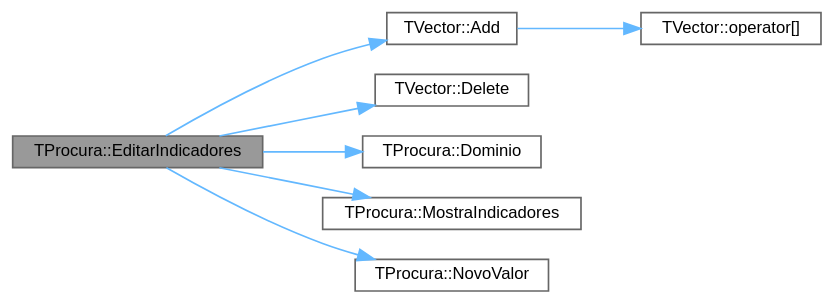
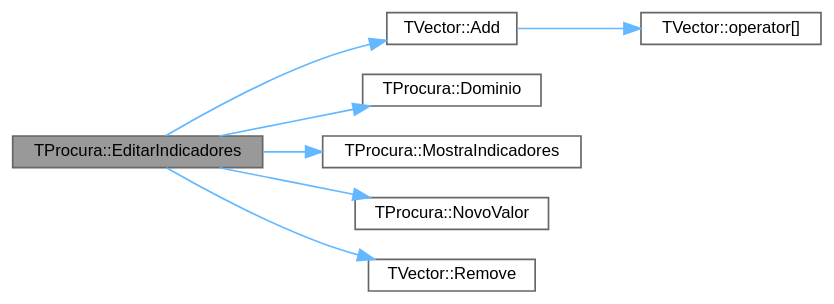
The diagram in classTProcura_a8f5d1ccb82a33db762fbb8400eeacf39_cgraph.dot (jcoelho72/TProcura), drawn with Graphviz before and after one commit. The commit also changed 57 other files, not shown here.

```diff
--- a/classTProcura_a8f5d1ccb82a33db762fbb8400eeacf39_cgraph.dot
+++ b/classTProcura_a8f5d1ccb82a33db762fbb8400eeacf39_cgraph.dot
@@ -1,21 +1,21 @@
 digraph "TProcura::EditarIndicadores"
 {
  // LATEX_PDF_SIZE
   bgcolor="transparent";
   edge [fontname=Helvetica,fontsize=10,labelfontname=Helvetica,labelfontsize=10];
   node [fontname=Helvetica,fontsize=10,shape=box,height=0.2,width=0.4];
   rankdir="LR";
   Node1 [id="Node000001",label="TProcura::EditarIndicadores",height=0.2,width=0.4,color="gray40", fillcolor="grey60", style="filled", fontcolor="black",tooltip=" "];
   Node1 -> Node2 [id="edge7_Node000001_Node000002",color="steelblue1",style="solid",tooltip=" "];
   Node2 [id="Node000002",label="TVector::Add",height=0.2,width=0.4,color="grey40", fillcolor="white", style="filled",URL="$classTVector.html#aa28afdd47b27c5e004fc75b86d6f66a6",tooltip=" "];
   Node2 -> Node3 [id="edge8_Node000002_Node000003",color="steelblue1",style="solid",tooltip=" "];
   Node3 [id="Node000003",label="TVector::operator[]",height=0.2,width=0.4,color="grey40", fillcolor="white", style="filled",URL="$classTVector.html#a372a42fd7c4a94fee43db36d6a339b33",tooltip=" "];
   Node1 -> Node4 [id="edge9_Node000001_Node000004",color="steelblue1",style="solid",tooltip=" "];
-  Node4 [id="Node000004",label="TVector::Delete",height=0.2,width=0.4,color="grey40", fillcolor="white", style="filled",URL="$classTVector.html#aba2fb6d977b1309f3e884369c5f43bba",tooltip=" "];
+  Node4 [id="Node000004",label="TProcura::Dominio",height=0.2,width=0.4,color="grey40", fillcolor="white", style="filled",URL="$classTProcura.html#a12cd67e1b86ed4d6a6c47c652c0cd9bf",tooltip=" "];
   Node1 -> Node5 [id="edge10_Node000001_Node000005",color="steelblue1",style="solid",tooltip=" "];
-  Node5 [id="Node000005",label="TProcura::Dominio",height=0.2,width=0.4,color="grey40", fillcolor="white", style="filled",URL="$classTProcura.html#a12cd67e1b86ed4d6a6c47c652c0cd9bf",tooltip=" "];
+  Node5 [id="Node000005",label="TProcura::MostraIndicadores",height=0.2,width=0.4,color="grey40", fillcolor="white", style="filled",URL="$classTProcura.html#a99f5cf1c59ce543a58d802a1ac907299",tooltip=" "];
   Node1 -> Node6 [id="edge11_Node000001_Node000006",color="steelblue1",style="solid",tooltip=" "];
-  Node6 [id="Node000006",label="TProcura::MostraIndicadores",height=0.2,width=0.4,color="grey40", fillcolor="white", style="filled",URL="$classTProcura.html#a99f5cf1c59ce543a58d802a1ac907299",tooltip=" "];
+  Node6 [id="Node000006",label="TProcura::NovoValor",height=0.2,width=0.4,color="grey40", fillcolor="white", style="filled",URL="$classTProcura.html#a9918a19f3cead7c9c6bd28f19ff31b0e",tooltip=" "];
   Node1 -> Node7 [id="edge12_Node000001_Node000007",color="steelblue1",style="solid",tooltip=" "];
-  Node7 [id="Node000007",label="TProcura::NovoValor",height=0.2,width=0.4,color="grey40", fillcolor="white", style="filled",URL="$classTProcura.html#a9918a19f3cead7c9c6bd28f19ff31b0e",tooltip=" "];
+  Node7 [id="Node000007",label="TVector::Remove",height=0.2,width=0.4,color="grey40", fillcolor="white", style="filled",URL="$classTVector.html#a85673895d405c09b5b9155f78b67d71b",tooltip=" "];
 }
```
